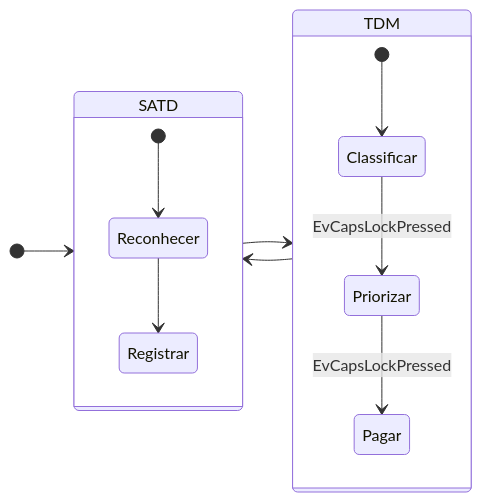
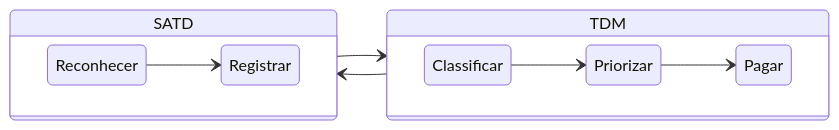
One commit to yanjustino/td-ledger changed the diagram in README.md. Above: the diagram before and after it, drawn with Mermaid. The commit also changed other lines of this file, not shown here.

````diff
--- a/README.md
+++ b/README.md
@@ -24,18 +23,18 @@
 ```mermaid
 stateDiagram-v2
     direction LR
-    [*] --> SATD
+
     SATD --> TDM
     TDM --> SATD
 
     state SATD {
-        [*] --> Reconhecer
+        direction LR
         Reconhecer --> Registrar
     }
 
     state TDM {
-        [*] --> Classificar
-        Classificar --> Priorizar : EvCapsLockPressed
-        Priorizar --> Pagar : EvCapsLockPressed
+        direction LR
+        Classificar --> Priorizar
+        Priorizar --> Pagar
     }
 ```
````
